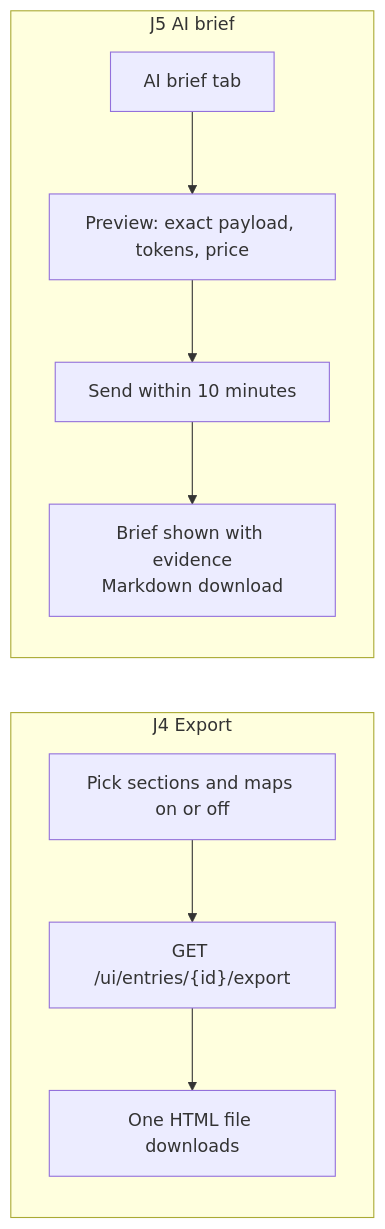
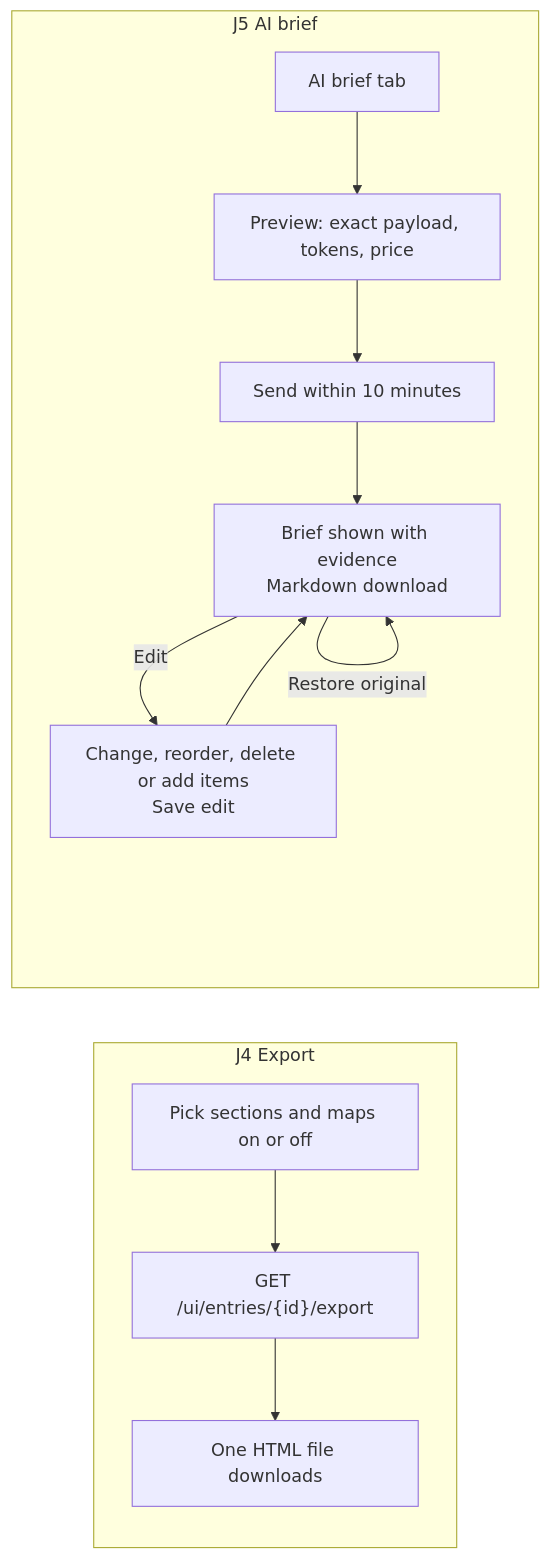
One commit to GeorgeMac06/CS2-demo-analyser changed the fifth of 5 diagrams in docs/workflows/user-journeys.md. Above: the diagram before and after it, drawn with Mermaid. The commit also changed 14 other files, not shown here.

````diff
--- a/docs/workflows/user-journeys.md
+++ b/docs/workflows/user-journeys.md
@@ -85,12 +85,15 @@
 ```mermaid
 flowchart LR
   subgraph J4["J4 Export"]
     E1["Pick sections and maps on or off"] --> E2["GET /ui/entries/{id}/export"]
     E2 --> E3["One HTML file downloads"]
   end
   subgraph J5["J5 AI brief"]
     A1["AI brief tab"] --> A2["Preview: exact payload, tokens, price"]
     A2 --> A3["Send within 10 minutes"]
     A3 --> A4["Brief shown with evidence<br/>Markdown download"]
+    A4 -->|Edit| A5["Change, reorder, delete or add items<br/>Save edit"]
+    A5 --> A4
+    A4 -->|Restore original| A4
   end
 ```
````
